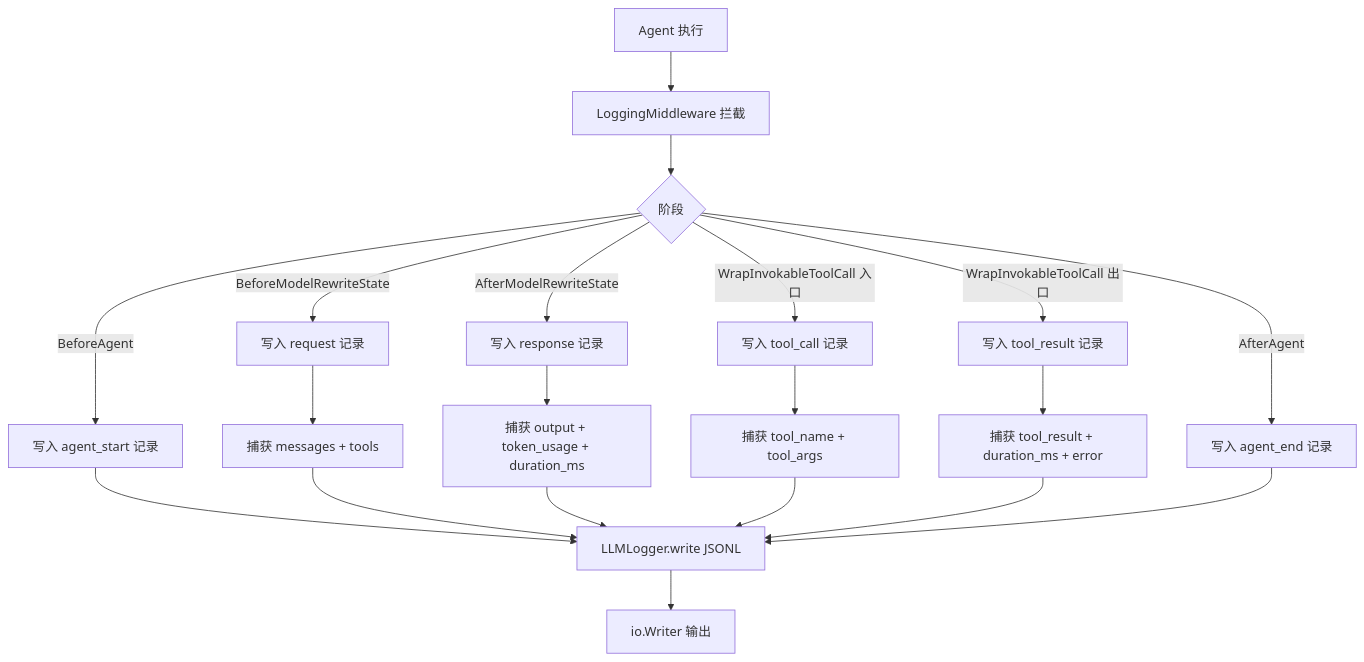
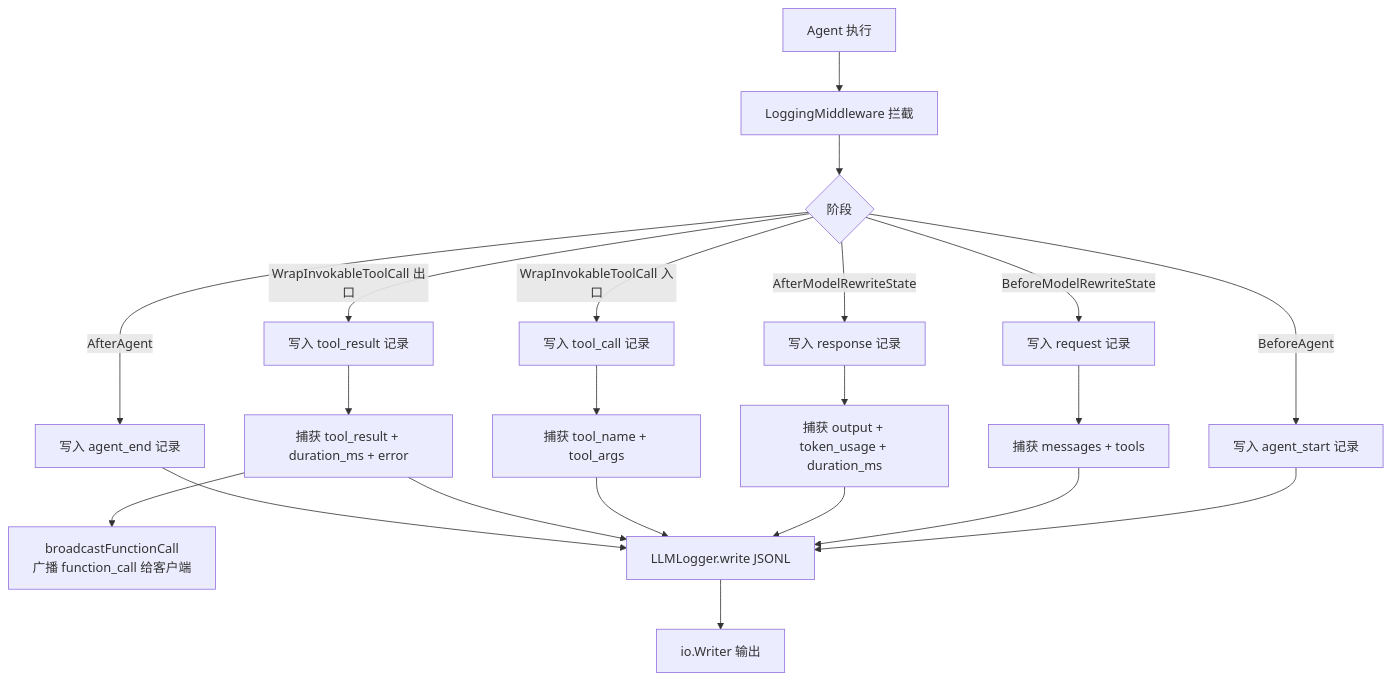
Diagram 12 of 15 in wiki/flows/cli-observability.md (PineappleBond/xyncra-server), drawn with Mermaid before and after one commit. The commit also changed other lines of this file and 21 other files, not shown here.

First line of the commit message:
docs(wiki): fix accuracy and completeness issues across all flow documents

````diff
--- a/wiki/flows/cli-observability.md
+++ b/wiki/flows/cli-observability.md
@@ -565,23 +571,24 @@
 ```mermaid
 flowchart TD
     A[Agent 执行] --> B[LoggingMiddleware 拦截]
     B --> C{阶段}
     C -->|BeforeAgent| D[写入 agent_start 记录]
     C -->|BeforeModelRewriteState| E[写入 request 记录]
     E --> E1[捕获 messages + tools]
     C -->|AfterModelRewriteState| F[写入 response 记录]
     F --> F1[捕获 output + token_usage + duration_ms]
     C -->|WrapInvokableToolCall 入口| G[写入 tool_call 记录]
     G --> G1[捕获 tool_name + tool_args]
     C -->|WrapInvokableToolCall 出口| H[写入 tool_result 记录]
     H --> H1[捕获 tool_result + duration_ms + error]
+    H1 --> HB[broadcastFunctionCall<br>广播 function_call 给客户端]
     C -->|AfterAgent| I[写入 agent_end 记录]
 
     D --> J[LLMLogger.write JSONL]
     E1 --> J
     F1 --> J
     G1 --> J
     H1 --> J
     I --> J
     J --> K[io.Writer 输出]
 ```
````
